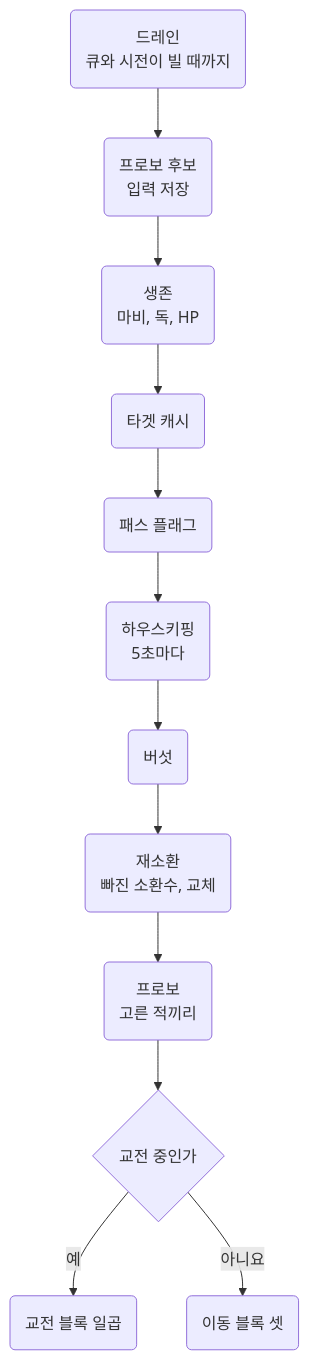
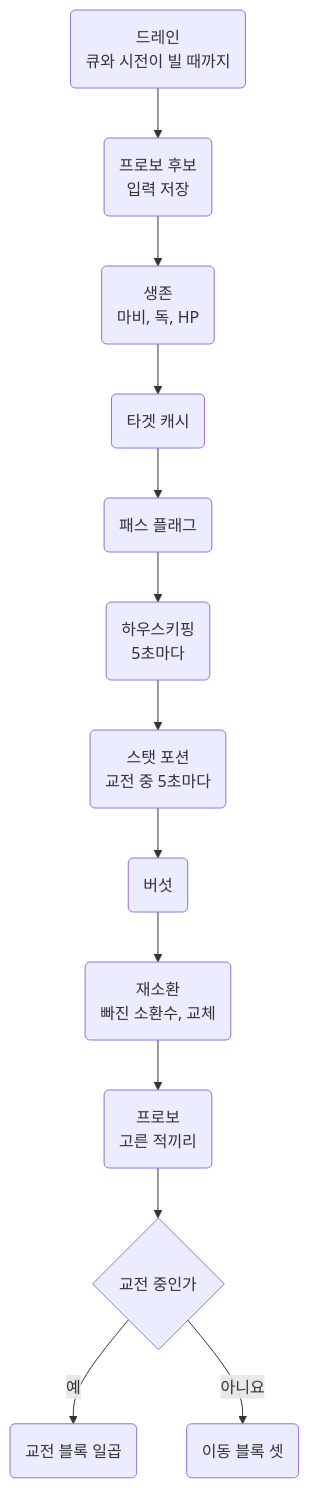
Before and after one commit to minu-ha/uoo: the first of 3 diagrams in content/public/loops/bard-necro-enhanced.md, drawn with Mermaid. The commit also changed other lines of this file and 16 other files, not shown here.

````diff
--- a/content/public/loops/bard-necro-enhanced.md
+++ b/content/public/loops/bard-necro-enhanced.md
@@ -56,7 +56,7 @@
 ```mermaid
 flowchart TD
   drain("드레인<br>큐와 시전이 빌 때까지") --> picks("프로보 후보<br>입력 저장") --> survive("생존<br>마비, 독, HP") --> cache("타겟 캐시") --> flags("패스 플래그") --> house("하우스키핑<br>5초마다")
-  house --> mush("버섯") --> resummon("재소환<br>빠진 소환수, 교체") --> provo("프로보<br>고른 적끼리") --> engaged{"교전 중인가"}
+  house --> potions("스탯 포션<br>교전 중 5초마다") --> mush("버섯") --> resummon("재소환<br>빠진 소환수, 교체") --> provo("프로보<br>고른 적끼리") --> engaged{"교전 중인가"}
   engaged -- 예 --> combat("교전 블록 일곱")
   engaged -- 아니요 --> walk("이동 블록 셋")
 ```
````
